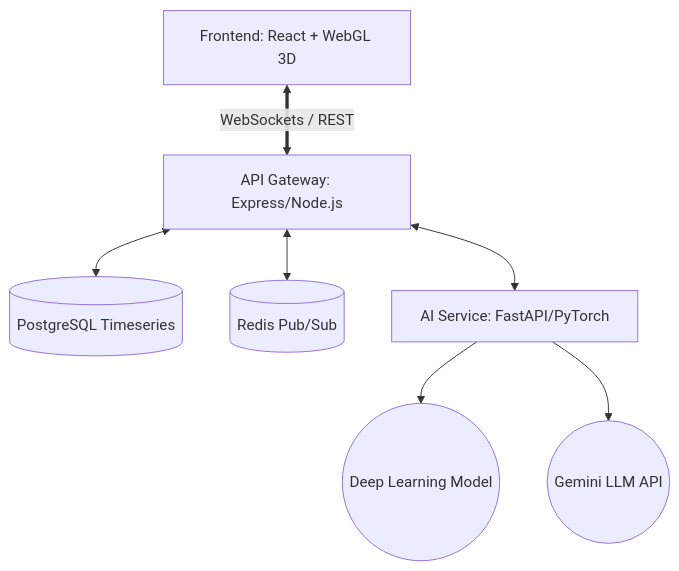
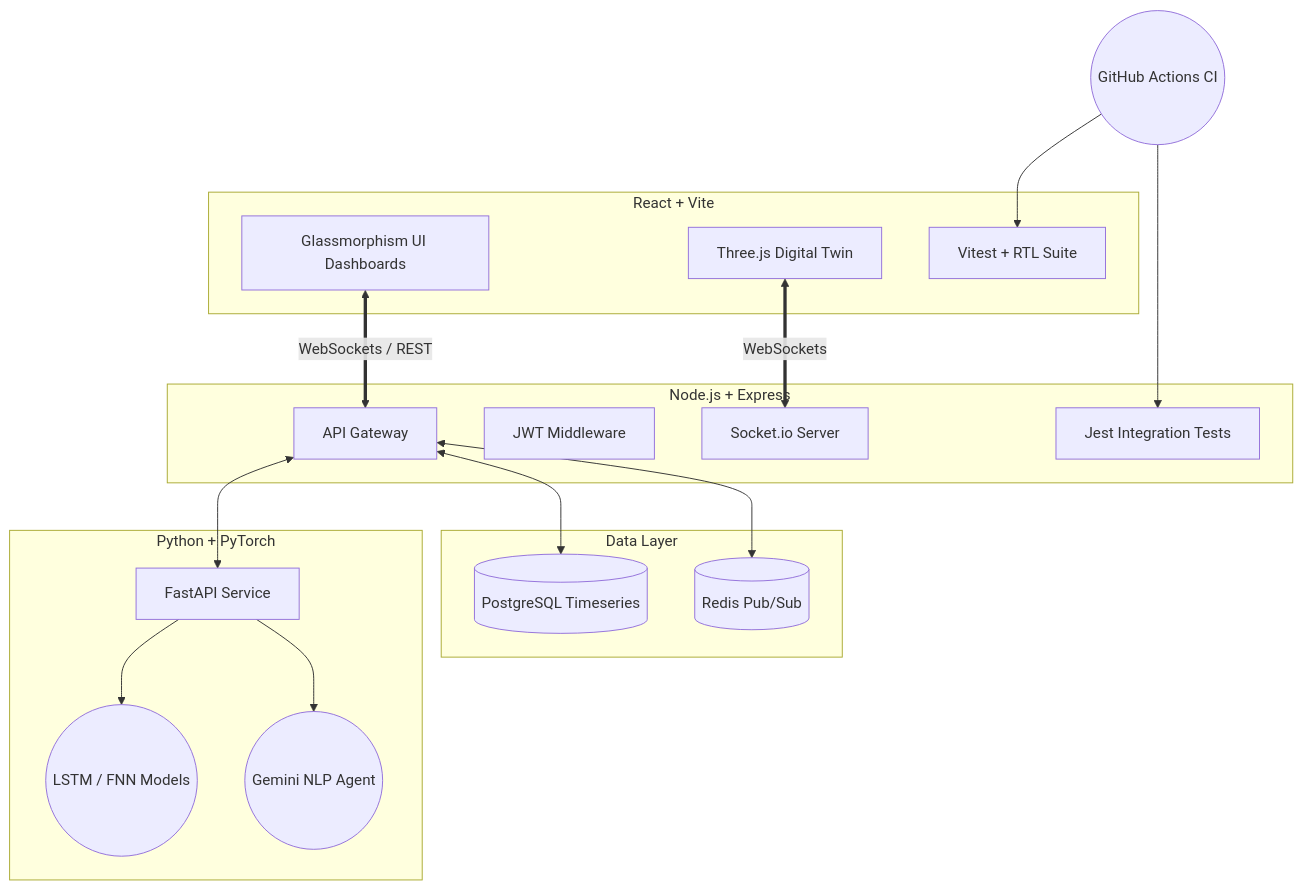
Before and after one commit to SivaGaneshv1729/iiot-digital-twin-platform: the diagram in README.md, drawn with Mermaid. The commit also changed other lines of this file, not shown here.

Commit message:
docs: update README with final enterprise features, testing, and devops pipeline

````diff
--- a/README.md
+++ b/README.md
@@ -41,9 +42,38 @@
 ```mermaid
 graph TD
-    UI[Frontend: React + WebGL 3D] <==>|WebSockets / REST| API[API Gateway: Express/Node.js]
-    API <--> DB[(PostgreSQL Timeseries)]
-    API <--> Cache[(Redis Pub/Sub)]
-    API <--> AI[AI Service: FastAPI/PyTorch]
-    AI --> Model((Deep Learning Model))
-    AI --> LLM((Gemini LLM API))
+    subgraph Frontend [React + Vite]
+        UI[Glassmorphism UI Dashboards]
+        DT[Three.js Digital Twin]
+        Tests1[Vitest + RTL Suite]
+    end
+
+    subgraph API [Node.js + Express]
+        Gateway[API Gateway]
+        Auth[JWT Middleware]
+        WS[Socket.io Server]
+        Tests2[Jest Integration Tests]
+    end
+
+    subgraph Data [Data Layer]
+        DB[(PostgreSQL Timeseries)]
+        Cache[(Redis Pub/Sub)]
+    end
+
+    subgraph AI [Python + PyTorch]
+        FastAPI[FastAPI Service]
+        DL((LSTM / FNN Models))
+        LLM((Gemini NLP Agent))
+    end
+
+    UI <==>|WebSockets / REST| Gateway
+    DT <==>|WebSockets| WS
+    Gateway <--> DB
+    Gateway <--> Cache
+    Gateway <--> FastAPI
+    FastAPI --> DL
+    FastAPI --> LLM
+    
+    %% CI/CD Pipeline
+    Pipeline((GitHub Actions CI)) --> Tests1
+    Pipeline --> Tests2
 ```
````
